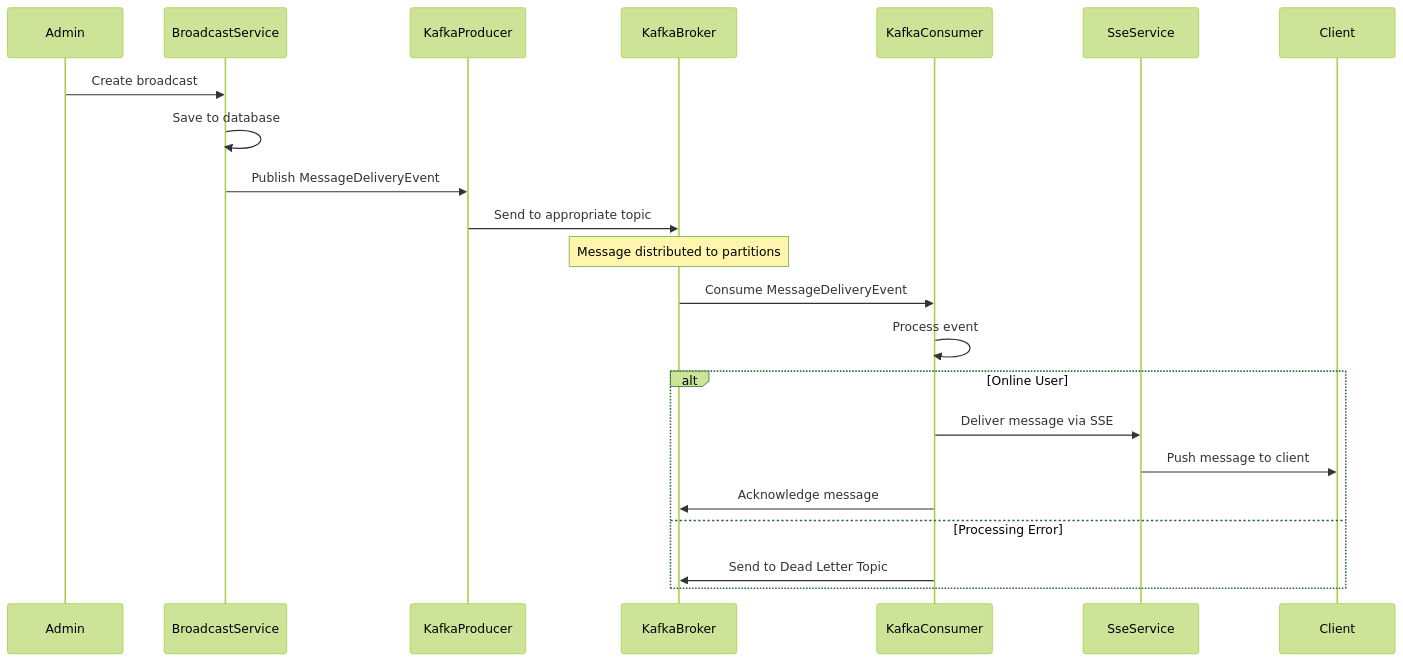
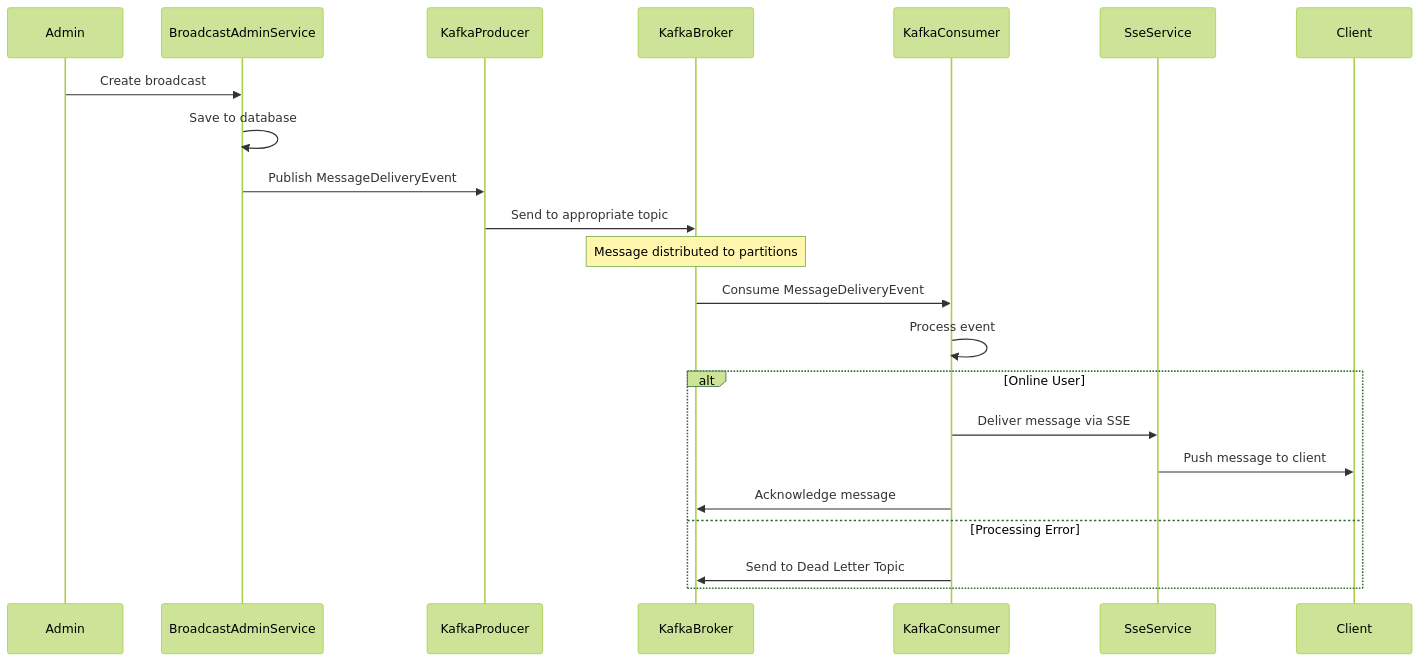
The diagram in broadcast-microservice/docs/03_kafka_event_streaming.md (rsrini7/Notification-SSE-GLM-Flux), drawn with Mermaid (forest theme) before and after one commit. The commit also changed 8 other files, not shown here.

First line of the commit message:
refactor: rename broadcast-microservice to broadcast-admin-service and broadcast-user-service

````diff
--- a/broadcast-microservice/docs/03_kafka_event_streaming.md
+++ b/broadcast-microservice/docs/03_kafka_event_streaming.md
@@ -64,28 +64,28 @@
 ```mermaid
 sequenceDiagram
     participant Admin
-    participant BroadcastService
+    participant BroadcastAdminService
     participant KafkaProducer
     participant KafkaBroker
     participant KafkaConsumer
     participant SseService
     participant Client
 
-    Admin->>BroadcastService: Create broadcast
-    BroadcastService->>BroadcastService: Save to database
-    BroadcastService->>KafkaProducer: Publish MessageDeliveryEvent
+    Admin->>BroadcastAdminService: Create broadcast
+    BroadcastAdminService->>BroadcastAdminService: Save to database
+    BroadcastAdminService->>KafkaProducer: Publish MessageDeliveryEvent
     KafkaProducer->>KafkaBroker: Send to appropriate topic
     
     Note over KafkaBroker: Message distributed to partitions
     
     KafkaBroker->>KafkaConsumer: Consume MessageDeliveryEvent
     KafkaConsumer->>KafkaConsumer: Process event
     
     alt Online User
         KafkaConsumer->>SseService: Deliver message via SSE
         SseService->>Client: Push message to client
         KafkaConsumer->>KafkaBroker: Acknowledge message
     else Processing Error
         KafkaConsumer->>KafkaBroker: Send to Dead Letter Topic
     end
 ```
````
